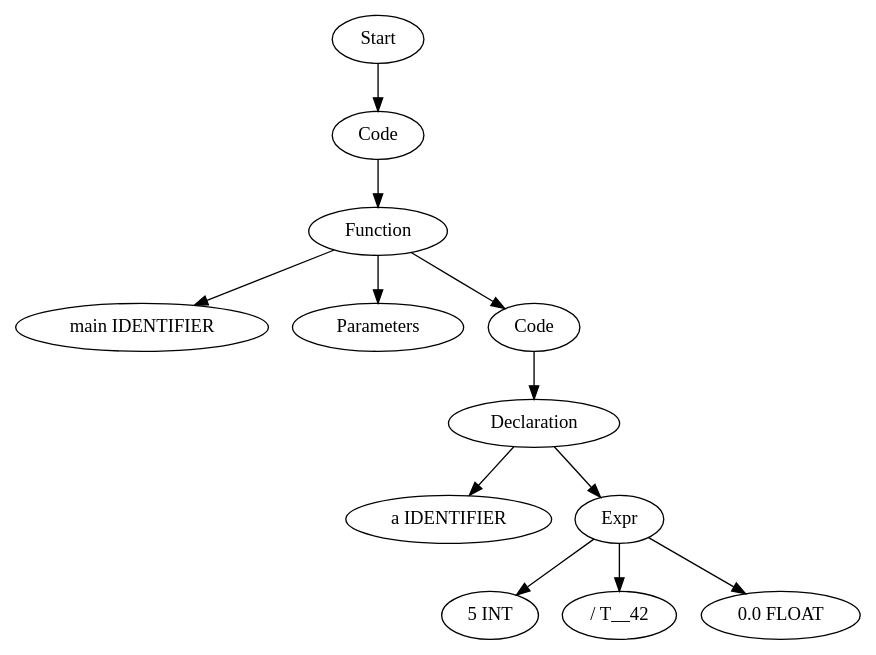
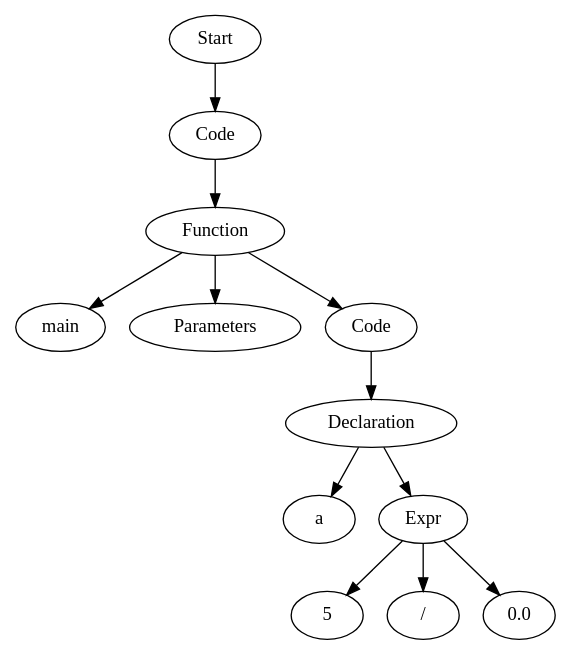
The diagram in TestCases/ASTTests/ConstantFoldingTests/createTests/read_file_before.dot (Are-you-listening/Compilers), drawn with Graphviz before and after one commit. The commit also changed 51 other files, not shown here.

```diff
--- a/TestCases/ASTTests/ConstantFoldingTests/createTests/read_file_before.dot
+++ b/TestCases/ASTTests/ConstantFoldingTests/createTests/read_file_before.dot
@@ -1,25 +1,25 @@
 digraph AST {
-  "135302703400272" [label="Start"];
-  "135302703400272" -> "135302703409920";
-  "135302703409920" [label="Code"];
-  "135302703409920" -> "135302703400416";
-  "135302703400416" [label="Function"];
-  "135302703400416" -> "135302703405600";
-  "135302703400416" -> "135302703400032";
-  "135302703400416" -> "135302703410304";
-  "135302703405600" [label="main IDENTIFIER"];
-  "135302703400032" [label="Parameters"];
-  "135302703410304" [label="Code"];
-  "135302703410304" -> "135302703412560";
-  "135302703412560" [label="Declaration"];
-  "135302703412560" -> "135302703402624";
-  "135302703412560" -> "135302703411600";
-  "135302703402624" [label="a IDENTIFIER"];
-  "135302703411600" [label="Expr"];
-  "135302703411600" -> "135302703404112";
-  "135302703411600" -> "135302703402864";
-  "135302703411600" -> "135302703409440";
-  "135302703404112" [label="5 INT"];
-  "135302703402864" [label="/ T__42"];
-  "135302703409440" [label="0.0 FLOAT"];
+  "133588038390048" [label="Start"];
+  "133588038390048" -> "133588038389232";
+  "133588038389232" [label="Code"];
+  "133588038389232" -> "133588038386928";
+  "133588038386928" [label="Function"];
+  "133588038386928" -> "133588038398112";
+  "133588038386928" -> "133588038400320";
+  "133588038386928" -> "133588038400800";
+  "133588038398112" [label="main"];
+  "133588038400320" [label="Parameters"];
+  "133588038400800" [label="Code"];
+  "133588038400800" -> "133588038396576";
+  "133588038396576" [label="Declaration"];
+  "133588038396576" -> "133588038387552";
+  "133588038396576" -> "133588038399120";
+  "133588038387552" [label="a"];
+  "133588038399120" [label="Expr"];
+  "133588038399120" -> "133588038401712";
+  "133588038399120" -> "133588038396624";
+  "133588038399120" -> "133588038390096";
+  "133588038401712" [label="5"];
+  "133588038396624" [label="/"];
+  "133588038390096" [label="0.0"];
 }
```
